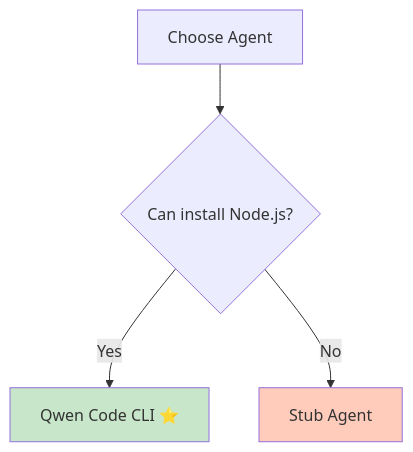
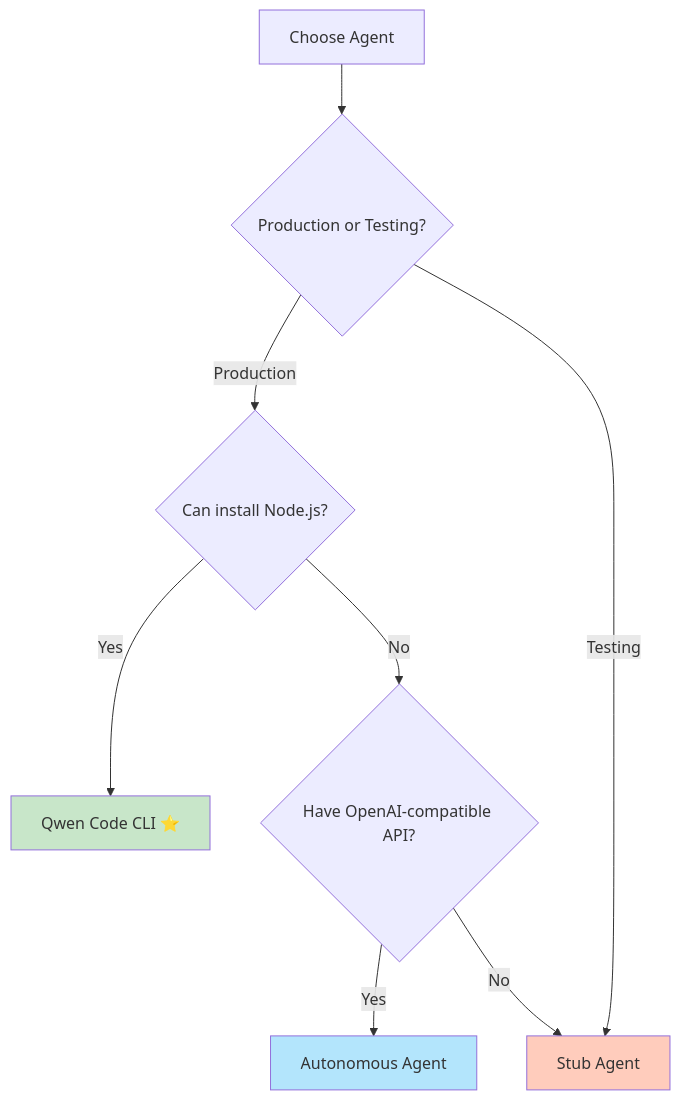
Before and after one commit to ArtyomZemlyak/tg-note: the second of 2 diagrams in docs_site/agents/overview.md, drawn with Mermaid. The commit also changed other lines of this file and 6 other files, not shown here.

Commit message:
feat: Add autonomous agent and update docs

````diff
--- a/docs_site/agents/overview.md
+++ b/docs_site/agents/overview.md
@@ -146,9 +199,14 @@
 ```mermaid
 graph TD
-    A[Choose Agent] --> B{Can install Node.js?}
-    B -->|Yes| C[Qwen Code CLI ⭐]
-    B -->|No| D[Stub Agent]
+    A[Choose Agent] --> B{Production or Testing?}
+    B -->|Production| C{Can install Node.js?}
+    B -->|Testing| G[Stub Agent]
+    C -->|Yes| D[Qwen Code CLI ⭐]
+    C -->|No| E{Have OpenAI-compatible API?}
+    E -->|Yes| F[Autonomous Agent]
+    E -->|No| G
     
-    style C fill:#c8e6c9
-    style D fill:#ffccbc
+    style D fill:#c8e6c9
+    style F fill:#b3e5fc
+    style G fill:#ffccbc
 ```
````
